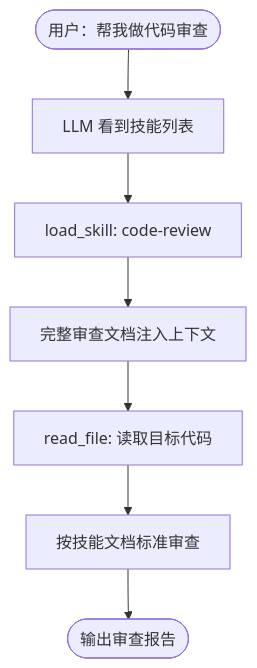
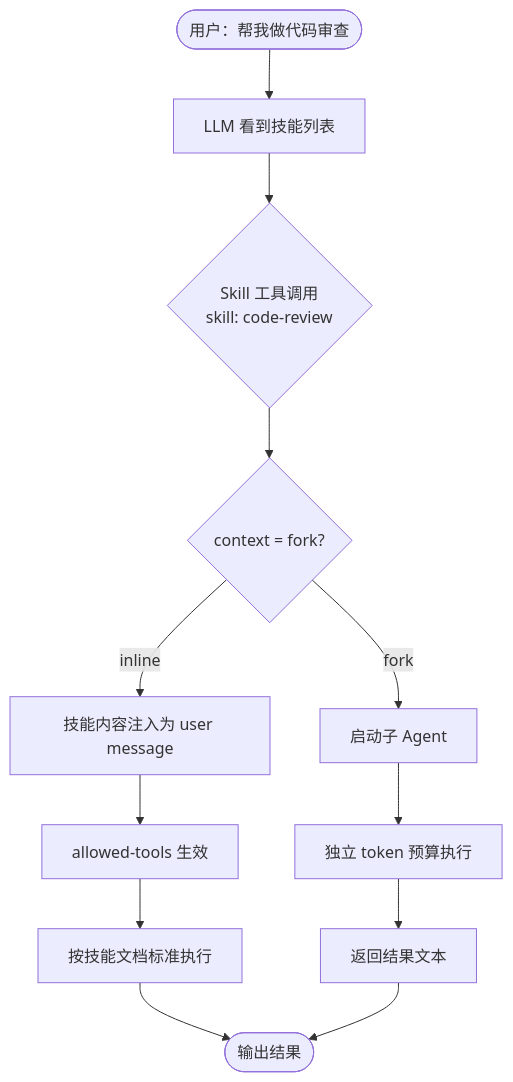
The diagram in learn-claude-code/05-skill-loading/index.md (ranxi2001/zero2Agent), drawn with Mermaid before and after one commit. The commit also changed other lines of this file and 11 other files, not shown here.

```diff
--- a/learn-claude-code/05-skill-loading/index.md
+++ b/learn-claude-code/05-skill-loading/index.md
@@ -155,9 +609,14 @@
 <div class="mermaid">
 flowchart TD
     A([用户：帮我做代码审查]) --> B[LLM 看到技能列表]
-    B --> C[load_skill: code-review]
-    C --> D[完整审查文档注入上下文]
-    D --> E[read_file: 读取目标代码]
-    E --> F[按技能文档标准审查]
-    F --> G([输出审查报告])
+    B --> C{"Skill 工具调用<br/>skill: code-review"}
+    C --> D{context = fork?}
+    D -->|inline| E[技能内容注入为 user message]
+    E --> F[allowed-tools 生效]
+    F --> G[按技能文档标准执行]
+    G --> H([输出结果])
+    D -->|fork| I[启动子 Agent]
+    I --> J[独立 token 预算执行]
+    J --> K[返回结果文本]
+    K --> H
 </div>
```
